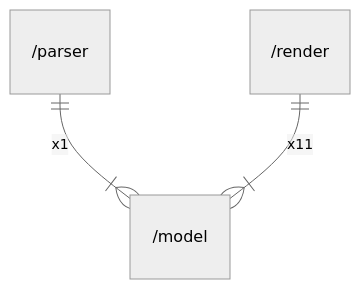
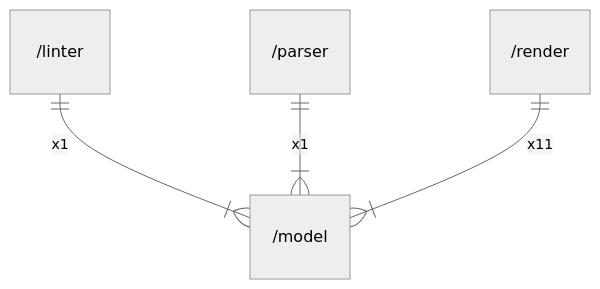
Before and after one commit to gbh007/goarchlint: the diagram in docs/arch/model.md, drawn with Mermaid (neutral theme). The commit also changed other lines of this file and 13 other files, not shown here.

````diff
--- a/docs/arch/model.md
+++ b/docs/arch/model.md
@@ -18,5 +19,6 @@
 ```mermaid
 erDiagram
+    "/linter" ||--|{ "/model" : x1
     "/parser" ||--|{ "/model" : x1
     "/render" ||--|{ "/model" : x11
 ```
````
